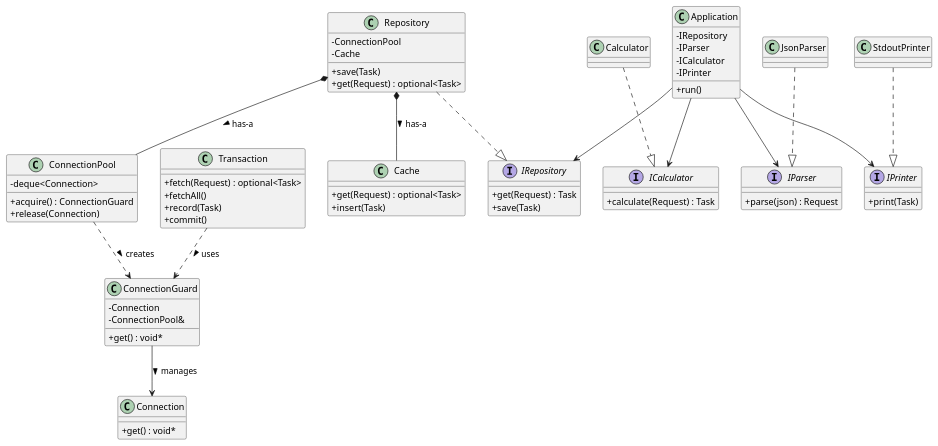
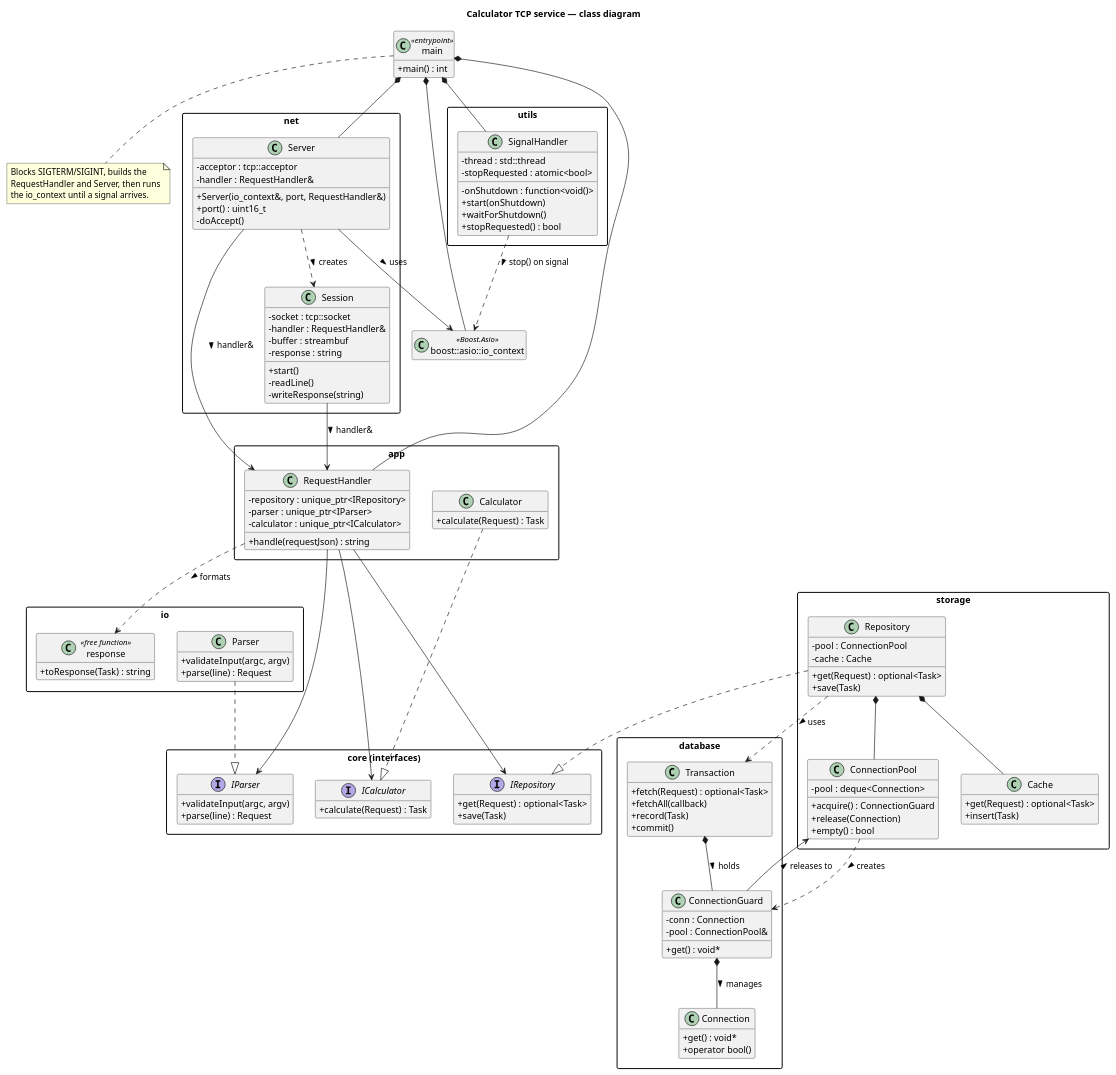
The diagram in docs/class.plantuml (litcxx/calculator), drawn with PlantUML before and after one commit. The commit also changed 3 other files, not shown here.

First line of the commit message:
docs: update class and sequence diagrams for the TCP service

```diff
--- a/docs/class.plantuml
+++ b/docs/class.plantuml
@@ -1,98 +1,156 @@
 @startuml
+title Calculator TCP service — class diagram
 skinparam classAttributeIconSize 0
+skinparam packageStyle rectangle
+skinparam shadowing false
+hide empty members
 
-class Application {
-  - IRepository
-  - IParser
-  - ICalculator
-  - IPrinter
+' ===== Composition root =====
+class main <<entrypoint>> {
+  + main() : int
+}
+note bottom of main
+  Blocks SIGTERM/SIGINT, builds the
+  RequestHandler and Server, then runs
+  the io_context until a signal arrives.
+end note
 
-  + run()
+class "boost::asio::io_context" as IoContext <<Boost.Asio>>
+
+package utils {
+  class SignalHandler {
+    - onShutdown : function<void()>
+    - thread : std::thread
+    - stopRequested : atomic<bool>
+    + start(onShutdown)
+    + waitForShutdown()
+    + stopRequested() : bool
+  }
 }
 
-' --- Interfaces ---
-
-interface IRepository {
-  + get(Request) : Task
-  + save(Task)
+' ===== Network layer =====
+package net {
+  class Server {
+    - acceptor : tcp::acceptor
+    - handler : RequestHandler&
+    + Server(io_context&, port, RequestHandler&)
+    + port() : uint16_t
+    - doAccept()
+  }
+  class Session {
+    - socket : tcp::socket
+    - handler : RequestHandler&
+    - buffer : streambuf
+    - response : string
+    + start()
+    - readLine()
+    - writeResponse(string)
+  }
 }
 
-interface IParser {
-  + parse(json) : Request
+' ===== Application layer =====
+package app {
+  class RequestHandler {
+    - repository : unique_ptr<IRepository>
+    - parser : unique_ptr<IParser>
+    - calculator : unique_ptr<ICalculator>
+    + handle(requestJson) : string
+  }
+  class Calculator {
+    + calculate(Request) : Task
+  }
 }
 
-interface ICalculator {
-  + calculate(Request) : Task
+package io {
+  class Parser {
+    + validateInput(argc, argv)
+    + parse(line) : Request
+  }
+  class "response" as Response <<free function>> {
+    + toResponse(Task) : string
+  }
 }
 
-interface IPrinter {
-  + print(Task)
+' ===== Domain interfaces =====
+package "core (interfaces)" {
+  interface IRepository {
+    + get(Request) : optional<Task>
+    + save(Task)
+  }
+  interface IParser {
+    + validateInput(argc, argv)
+    + parse(line) : Request
+  }
+  interface ICalculator {
+    + calculate(Request) : Task
+  }
 }
 
-' --- Implementations ---
-
-class JsonParser {}
-class Calculator {}
-class StdoutPrinter {}
-
-class Repository {
-  - ConnectionPool
-  - Cache
-  + save(Task)
-  + get(Request) : optional<Task>
+' ===== Storage layer =====
+package storage {
+  class Repository {
+    - pool : ConnectionPool
+    - cache : Cache
+    + get(Request) : optional<Task>
+    + save(Task)
+  }
+  class ConnectionPool {
+    - pool : deque<Connection>
+    + acquire() : ConnectionGuard
+    + release(Connection)
+    + empty() : bool
+  }
+  class Cache {
+    + get(Request) : optional<Task>
+    + insert(Task)
+  }
 }
 
-' --- (Concrete RAII Classes) ---
-
-class ConnectionGuard {
-  - Connection
-  - ConnectionPool&
-  + get() : void*
+package database {
+  class Connection {
+    + get() : void*
+    + operator bool()
+  }
+  class ConnectionGuard {
+    - conn : Connection
+    - pool : ConnectionPool&
+    + get() : void*
+  }
+  class Transaction {
+    + fetch(Request) : optional<Task>
+    + fetchAll(callback)
+    + record(Task)
+    + commit()
+  }
 }
 
-class Connection {
-  + get() : void*
-}
+' ===== Relationships =====
+main *-- SignalHandler
+main *-- IoContext
+main *-- RequestHandler
+main *-- Server
 
-class Transaction {
-  + fetch(Request) : optional<Task>
-  + fetchAll()
-  + record(Task)
-  + commit()
-}
+SignalHandler ..> IoContext : stop() on signal >
+Server --> IoContext : uses >
+Server ..> Session : creates >
+Server --> RequestHandler : handler& >
+Session --> RequestHandler : handler& >
 
-' --- Storage ---
+RequestHandler --> IRepository
+RequestHandler --> IParser
+RequestHandler --> ICalculator
+RequestHandler ..> Response : formats >
 
-class ConnectionPool {
-  - deque<Connection>
-  + acquire() : ConnectionGuard
-  + release(Connection)
-}
+Repository ..|> IRepository
+Parser ..|> IParser
+Calculator ..|> ICalculator
 
-class Cache {
-+ get(Request) : optional<Task>
-+ insert(Task)
-}
-
-' --- Relationships ---
-
-' Interface Realizations
-Repository      ..|> IRepository
-JsonParser      ..|> IParser
-Calculator      ..|> ICalculator
-StdoutPrinter   ..|> IPrinter
-
-' Application Dependencies
-Application --> IRepository
-Application --> IParser
-Application --> ICalculator
-Application --> IPrinter
-
-' Infrastructure Composition
-Repository *-- ConnectionPool : has-a >
-Repository *-- Cache  : has-a >
+Repository *-- ConnectionPool
+Repository *-- Cache
+Repository ..> Transaction : uses >
 ConnectionPool ..> ConnectionGuard : creates >
-ConnectionGuard --> Connection : manages >
-Transaction ..> ConnectionGuard : uses >
+ConnectionGuard *-- Connection : manages >
+ConnectionGuard --> ConnectionPool : releases to >
+Transaction *-- ConnectionGuard : holds >
 
 @enduml
```
